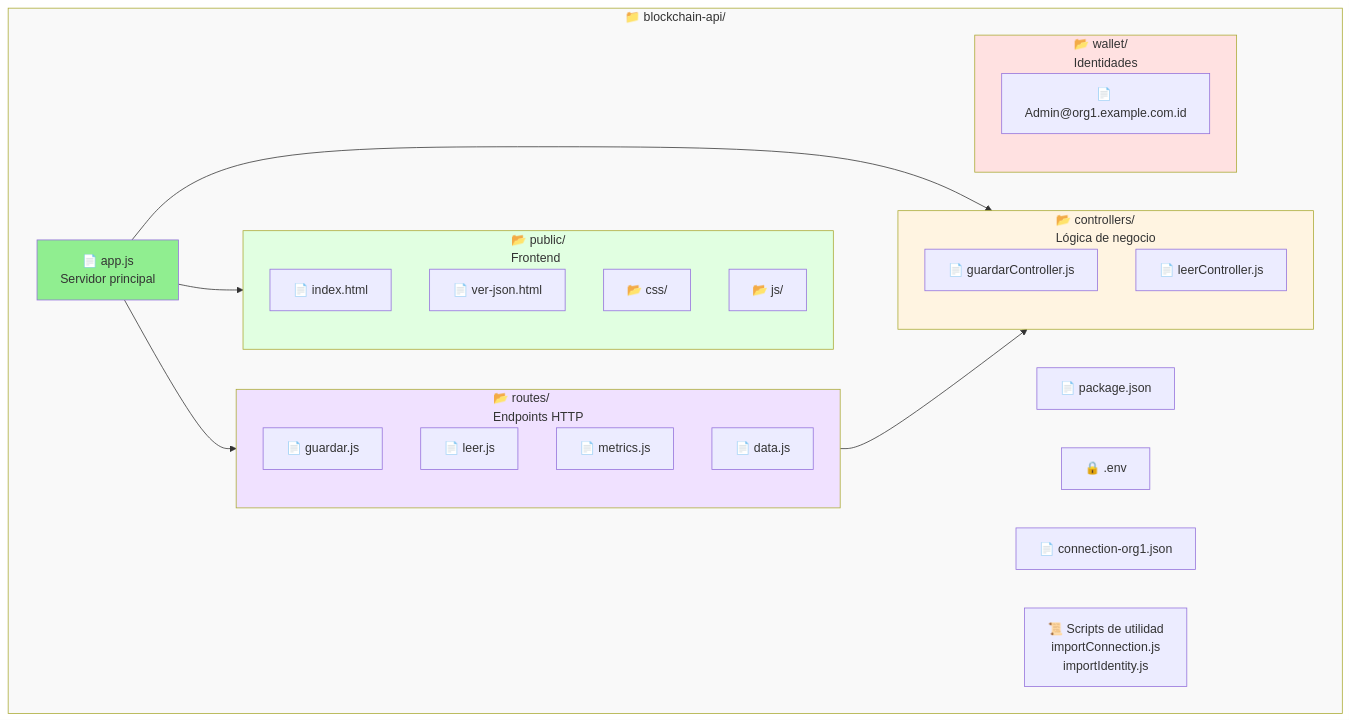
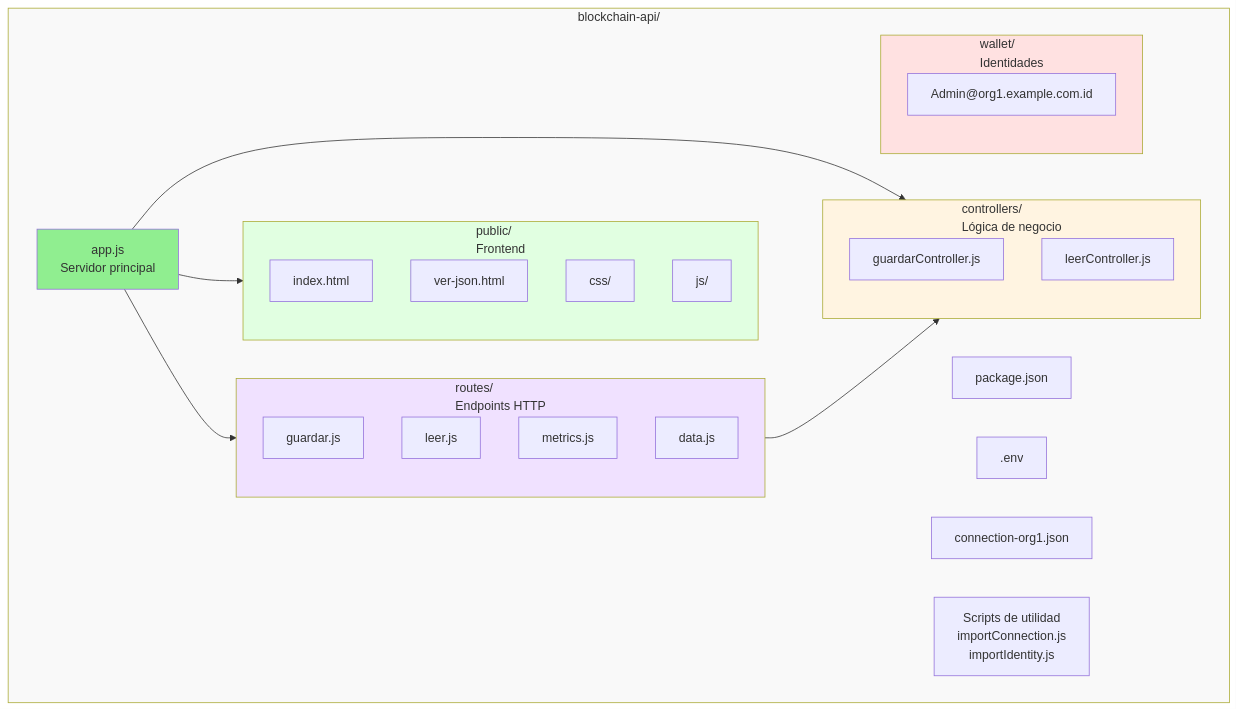
One commit to GSYAtools/blockchain-api changed the diagram in docs/mermaid/estructura-proyecto.mmd. Above: the diagram before and after it, drawn with Mermaid. The commit also changed other lines of this file and 18 other files, not shown here.

First line of the commit message:
Update architecture and flow diagrams in docs

```diff
--- a/docs/mermaid/estructura-proyecto.mmd
+++ b/docs/mermaid/estructura-proyecto.mmd
@@ -1,45 +1,45 @@
 %%{init: {'theme':'default'}}%%
 graph TD
-    subgraph Root["📁 blockchain-api/"]
-        App["📄 app.js<br/>Servidor principal"]
-        Pkg["📄 package.json"]
-        Env["🔒 .env"]
-        Conn["📄 connection-org1.json"]
+    subgraph Root["blockchain-api/"]
+        App["app.js<br/>Servidor principal"]
+        Pkg["package.json"]
+        Env[".env"]
+        Conn["connection-org1.json"]
         
-        subgraph Controllers["📂 controllers/<br/>Lógica de negocio"]
-            CtrlGuard["📄 guardarController.js"]
-            CtrlLeer["📄 leerController.js"]
+        subgraph Controllers["controllers/<br/>Lógica de negocio"]
+            CtrlGuard["guardarController.js"]
+            CtrlLeer["leerController.js"]
         end
         
-        subgraph Routes["📂 routes/<br/>Endpoints HTTP"]
-            RouteGuard["📄 guardar.js"]
-            RouteLeer["📄 leer.js"]
-            RouteMetrics["📄 metrics.js"]
-            RouteData["📄 data.js"]
+        subgraph Routes["routes/<br/>Endpoints HTTP"]
+            RouteGuard["guardar.js"]
+            RouteLeer["leer.js"]
+            RouteMetrics["metrics.js"]
+            RouteData["data.js"]
         end
         
-        subgraph Public["📂 public/<br/>Frontend"]
-            Index["📄 index.html"]
-            VerJSON["📄 ver-json.html"]
-            CSS["📂 css/"]
-            JS["📂 js/"]
+        subgraph Public["public/<br/>Frontend"]
+            Index["index.html"]
+            VerJSON["ver-json.html"]
+            CSS["css/"]
+            JS["js/"]
         end
         
-        subgraph Wallet["📂 wallet/<br/>Identidades"]
-            AdminID["📄 Admin@org1.example.com.id"]
+        subgraph Wallet["wallet/<br/>Identidades"]
+            AdminID["Admin@org1.example.com.id"]
         end
         
-        Scripts["📜 Scripts de utilidad<br/>importConnection.js<br/>importIdentity.js"]
+        Scripts["Scripts de utilidad<br/>importConnection.js<br/>importIdentity.js"]
     end
     
     App --> Controllers
     App --> Routes
     App --> Public
     Routes --> Controllers
     
     style Root fill:#f9f9f9
     style Controllers fill:#fff4e1
     style Routes fill:#f0e1ff
     style Public fill:#e1ffe1
     style Wallet fill:#ffe1e1
     style App fill:#90EE90
```
